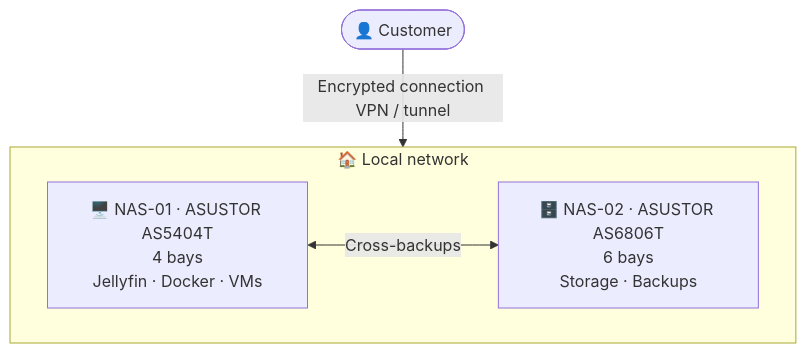
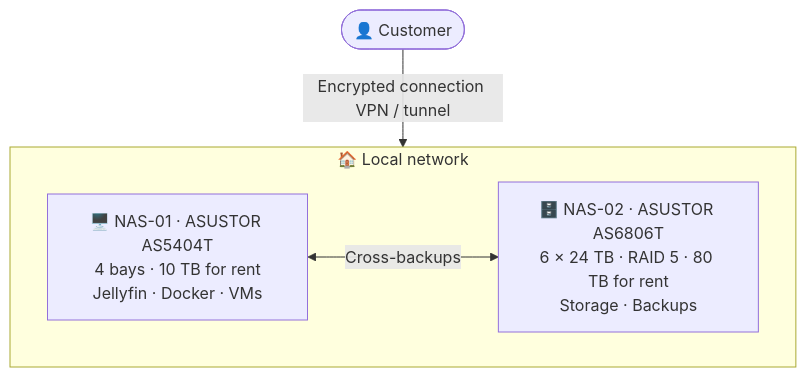
The second of 2 diagrams in README.en.md (Oskillar28/raco-hosting), drawn with Mermaid before and after one commit. The commit also changed other lines of this file and 4 other files, not shown here.

````diff
--- a/README.en.md
+++ b/README.en.md
@@ -107,9 +107,9 @@
 ```mermaid
 flowchart TB
     Client([👤 Customer]) -->|Encrypted connection VPN / tunnel| LAN
     subgraph LAN[🏠 Local network]
-        NAS1[🖥️ NAS-01 · ASUSTOR AS5404T<br/>4 bays<br/>Jellyfin · Docker · VMs]
-        NAS2[🗄️ NAS-02 · ASUSTOR AS6806T<br/>6 bays<br/>Storage · Backups]
+        NAS1[🖥️ NAS-01 · ASUSTOR AS5404T<br/>4 bays · 10 TB for rent<br/>Jellyfin · Docker · VMs]
+        NAS2[🗄️ NAS-02 · ASUSTOR AS6806T<br/>6 × 24 TB · RAID 5 · 80 TB for rent<br/>Storage · Backups]
         NAS1 <-->|Cross-backups| NAS2
     end
 ```
````
